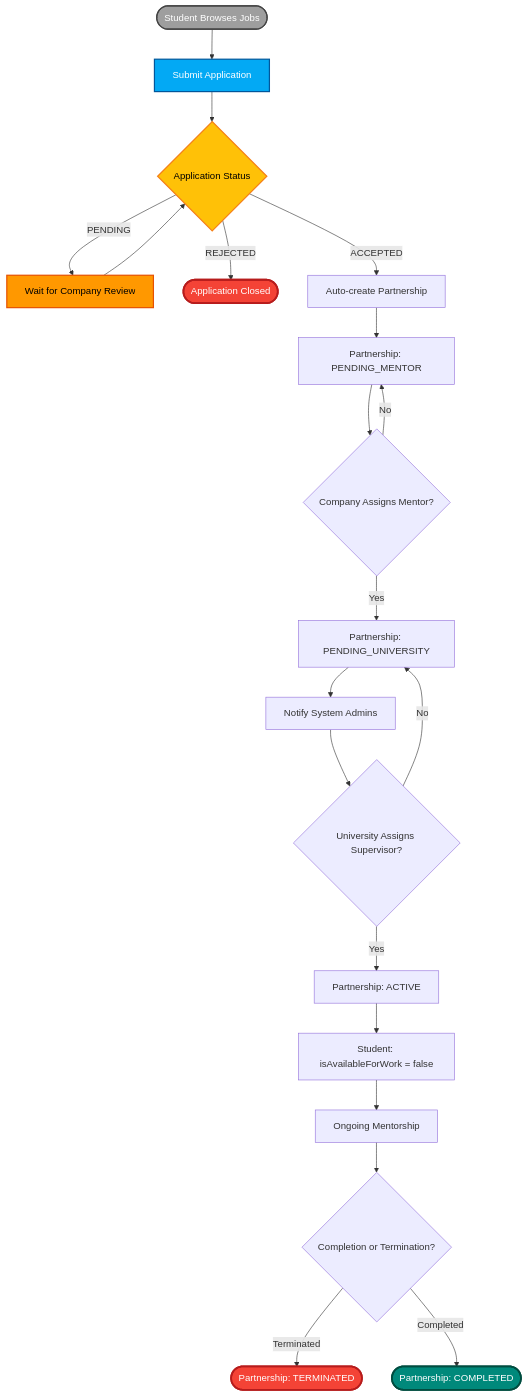
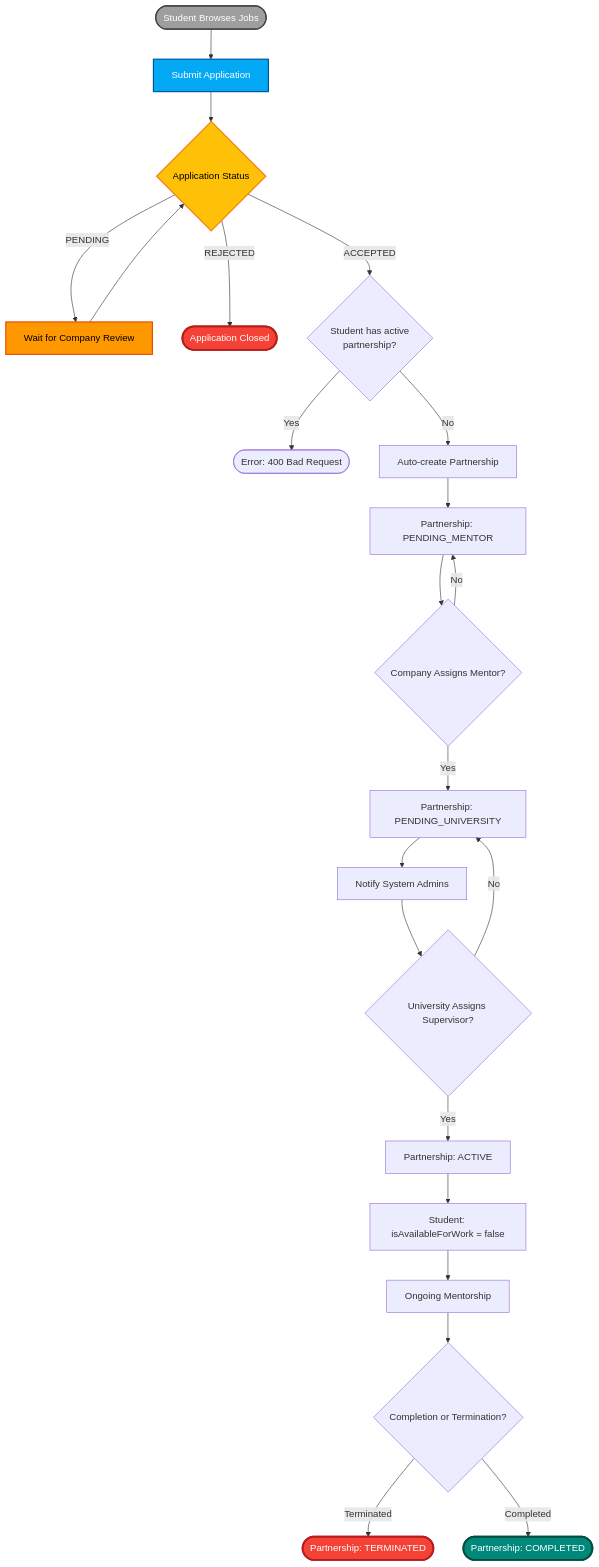
Before and after one commit to DrozsdikAdam/dual-kepzes-backend: the seventh of 9 diagrams in README.md, drawn with Mermaid. The commit also changed 4 other files, not shown here.

````diff
--- a/README.md
+++ b/README.md
@@ -458,36 +458,40 @@
 ```mermaid
 flowchart TD
     Start([Student Browses Jobs]) --> Apply[Submit Application]
     Apply --> Status{Application Status}
     
     Status -->|PENDING| Wait[Wait for Company Review]
     Wait --> Status
     
     Status -->|REJECTED| End1([Application Closed])
     
-    Status -->|ACCEPTED| CreatePartnership[Auto-create Partnership]
+    Status -->|ACCEPTED| CheckActive{Student has active<br/>partnership?}
+    
+    CheckActive -->|Yes| End4([Error: 400 Bad Request])
+    CheckActive -->|No| CreatePartnership[Auto-create Partnership]
+    
     CreatePartnership --> P1[Partnership: PENDING_MENTOR]
     
     P1 --> AssignMentor{Company Assigns Mentor?}
     AssignMentor -->|Yes| P2[Partnership: PENDING_UNIVERSITY]
     AssignMentor -->|No| P1
     
     P2 --> Notify1[Notify System Admins]
     Notify1 --> AssignUni{University Assigns Supervisor?}
     AssignUni -->|Yes| P3[Partnership: ACTIVE]
     P3 --> SetAvail[Student: isAvailableForWork = false]
     SetAvail --> Monitor[Ongoing Mentorship]
     AssignUni -->|No| P2
     Monitor --> Complete{Completion or Termination?}
     Complete -->|Terminated| End2([Partnership: TERMINATED])
     Complete -->|Completed| End3([Partnership: COMPLETED])
     
     style Start fill:#9e9e9e,stroke:#424242,stroke-width:2px,color:#fff
     style Apply fill:#03a9f4,stroke:#01579b,stroke-width:2px,color:#fff
     style Status fill:#ffc107,stroke:#f57f17,stroke-width:2px,color:#000
     style Wait fill:#ff9800,stroke:#e65100,stroke-width:2px,color:#000
     style End1 fill:#f44336,stroke:#b71c1c,stroke-width:3px,color:#fff
     style End2 fill:#f44336,stroke:#b71c1c,stroke-width:3px,color:#fff
     style End3 fill:#00897b,stroke:#004d40,stroke-width:3px,color:#fff
 
 ```
````
